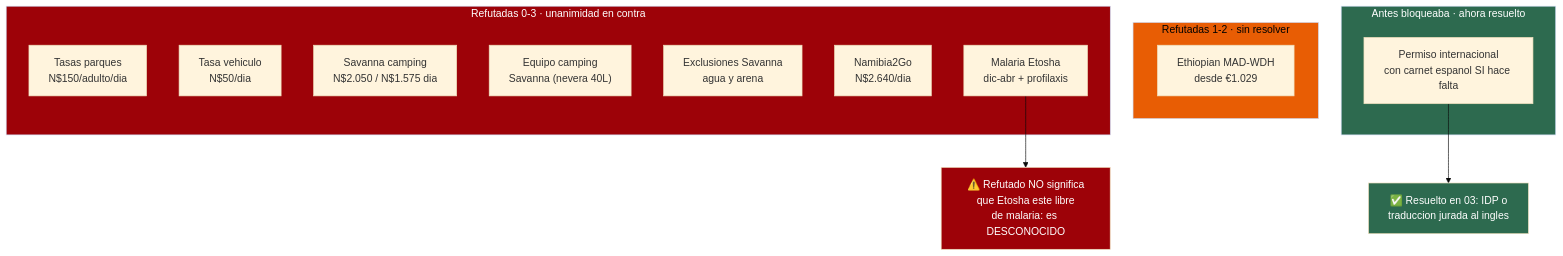
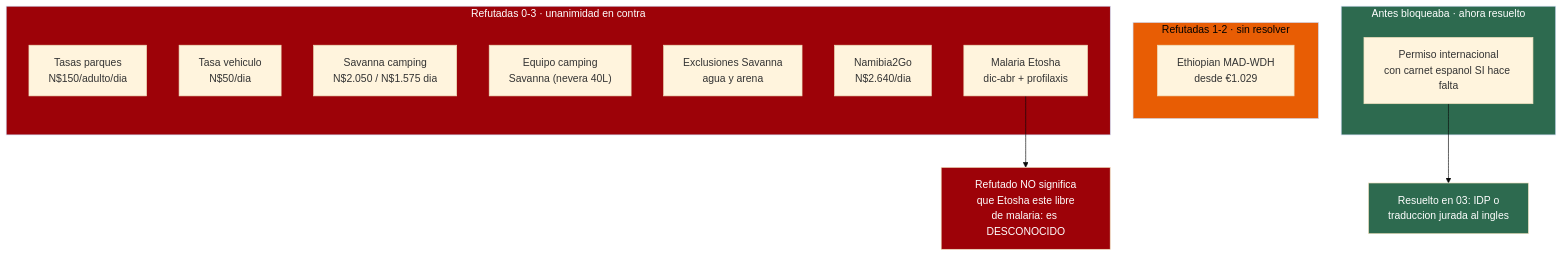
Before and after one commit to morandeirachema/namibia: the third of 3 diagrams in 12-hallazgos-verificados.md, drawn with Mermaid (base theme). The commit also changed other lines of this file and 14 other files, not shown here.

Commit message:
Arreglar el renderizado de los diagramas en GitHub: fuera emojis, negritas y barras ASCII de dentro de los nodos, que descuadraban la medida y recortaban el texto

````diff
--- a/12-hallazgos-verificados.md
+++ b/12-hallazgos-verificados.md
@@ -272,25 +272,25 @@
 ```mermaid
 flowchart TD
     subgraph MUERTAS["Refutadas 0-3 · unanimidad en contra"]
         A["Tasas parques<br/>N$150/adulto/dia"]
         B["Tasa vehiculo<br/>N$50/dia"]
         C["Savanna camping<br/>N$2.050 / N$1.575 dia"]
         D["Equipo camping<br/>Savanna (nevera 40L)"]
         E["Exclusiones Savanna<br/>agua y arena"]
         F["Namibia2Go<br/>N$2.640/dia"]
         G["Malaria Etosha<br/>dic-abr + profilaxis"]
     end
     subgraph DUDOSAS["Refutadas 1-2 · sin resolver"]
         H["Ethiopian MAD-WDH<br/>desde €1.029"]
     end
     subgraph CERRADO["Antes bloqueaba · ahora resuelto"]
         I["Permiso internacional<br/>con carnet espanol SI hace falta"]
     end
-    G --> AVISO["⚠️ Refutado NO significa<br/>que Etosha este libre<br/>de malaria: es DESCONOCIDO"]
-    I --> OK["✅ Resuelto en 03: IDP o<br/>traduccion jurada al ingles"]
+    G --> AVISO["Refutado NO significa<br/>que Etosha este libre<br/>de malaria: es DESCONOCIDO"]
+    I --> OK["Resuelto en 03: IDP o<br/>traduccion jurada al ingles"]
     style MUERTAS fill:#9d0208,color:#fff
     style DUDOSAS fill:#e85d04,color:#000
     style CERRADO fill:#2d6a4f,color:#fff
     style AVISO fill:#9d0208,color:#fff
     style OK fill:#2d6a4f,color:#fff
 ```
````
